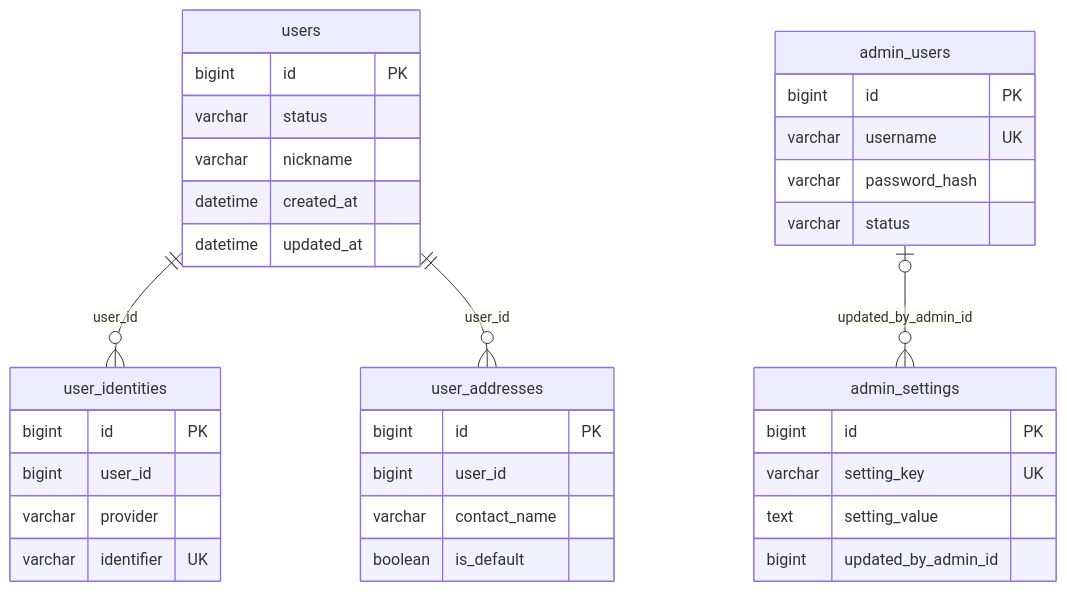
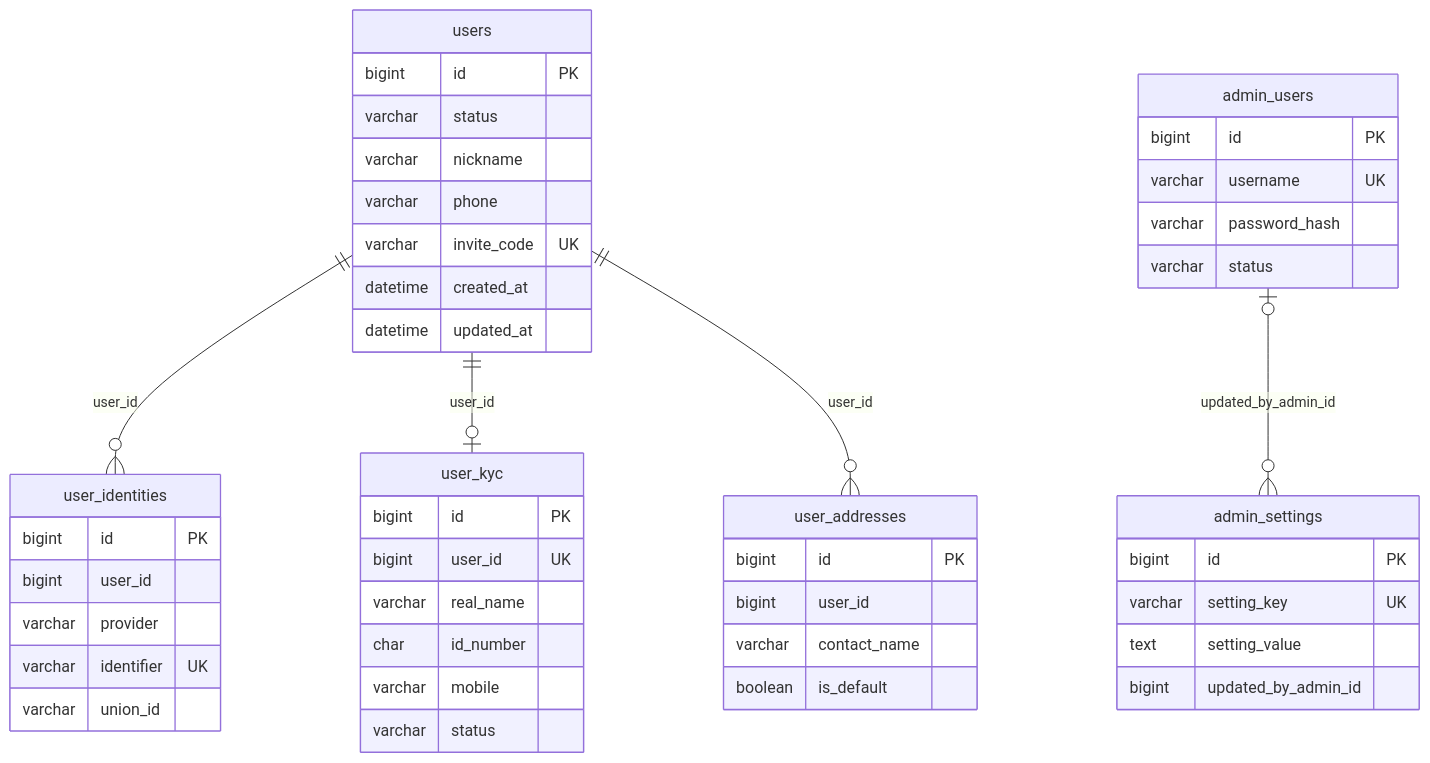
Before and after one commit to songyunhmiLY/aurel-mall-api: the diagram in docs/er/01-identity.mmd, drawn with Mermaid. The commit also changed 55 other files, not shown here.

```diff
--- a/docs/er/01-identity.mmd
+++ b/docs/er/01-identity.mmd
@@ -1,36 +1,48 @@
 erDiagram
   users ||--o{ user_identities : "user_id"
+  users ||--o| user_kyc : "user_id"
   users ||--o{ user_addresses : "user_id"
   admin_users |o--o{ admin_settings : "updated_by_admin_id"
 
   users {
     bigint id PK
     varchar status
     varchar nickname
+    varchar phone
+    varchar invite_code UK
     datetime created_at
     datetime updated_at
   }
   user_identities {
     bigint id PK
     bigint user_id
     varchar provider
     varchar identifier UK
+    varchar union_id
+  }
+  user_kyc {
+    bigint id PK
+    bigint user_id UK
+    varchar real_name
+    char id_number
+    varchar mobile
+    varchar status
   }
   user_addresses {
     bigint id PK
     bigint user_id
     varchar contact_name
     boolean is_default
   }
   admin_users {
     bigint id PK
     varchar username UK
     varchar password_hash
     varchar status
   }
   admin_settings {
     bigint id PK
     varchar setting_key UK
     text setting_value
     bigint updated_by_admin_id
   }
```
